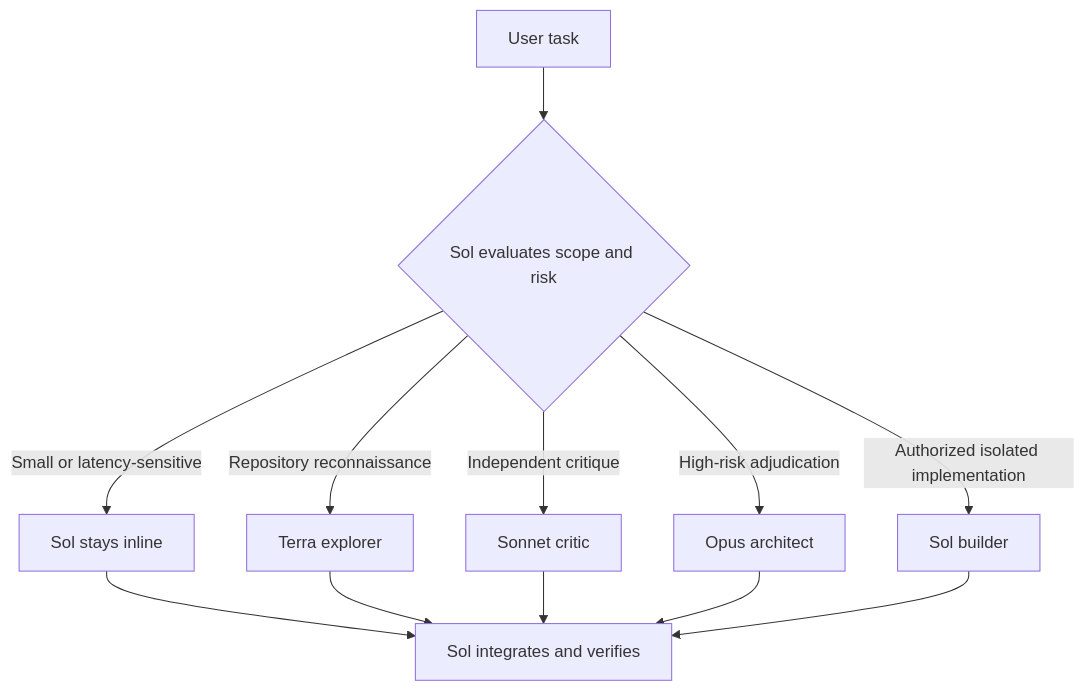
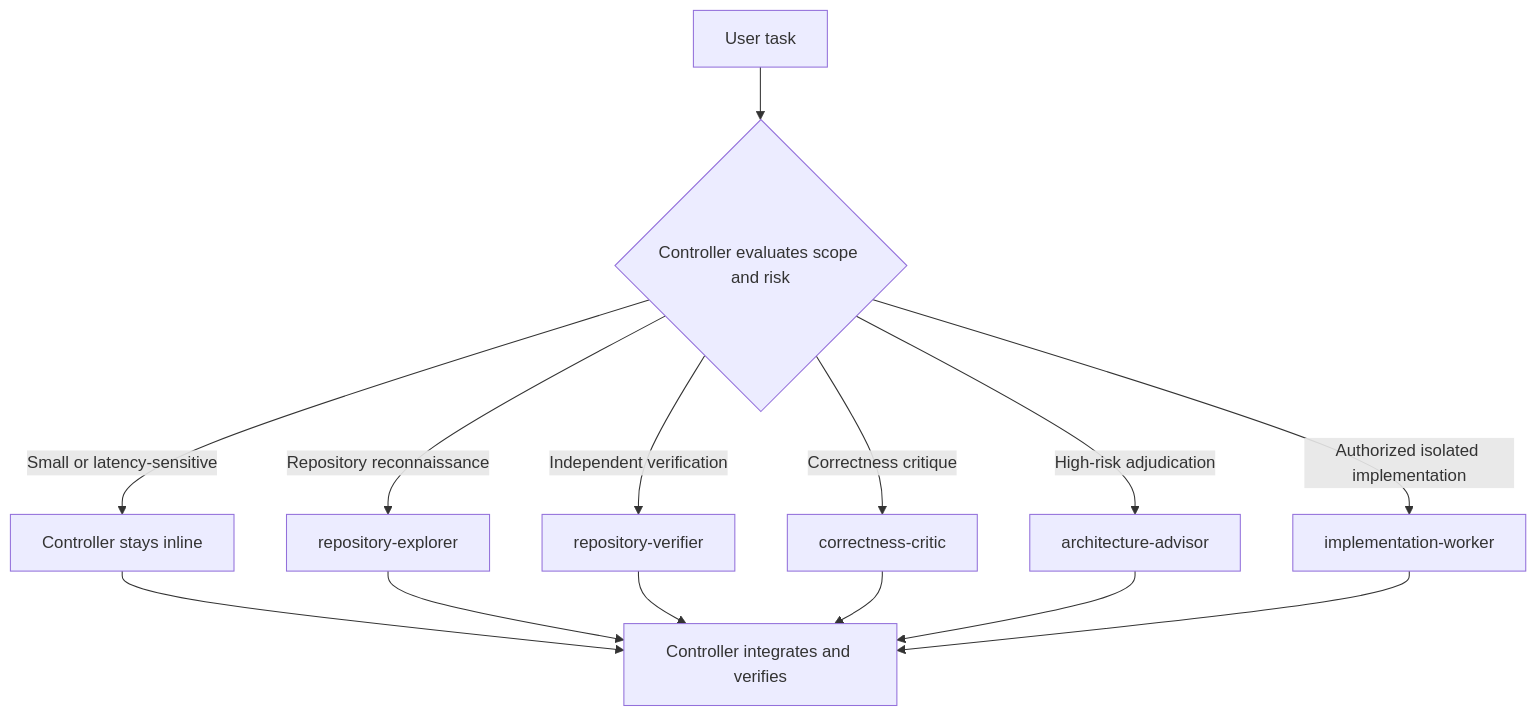
One commit to orichum/claudex-workflow changed the second of 5 diagrams in README.md. Above: the diagram before and after it, drawn with Mermaid. The commit also changed other lines of this file and 3 other files, not shown here.

````diff
--- a/README.md
+++ b/README.md
@@ -53,14 +73,16 @@
 ```mermaid
 flowchart TD
-    Task["User task"] --> Decide{"Sol evaluates scope and risk"}
-    Decide -->|"Small or latency-sensitive"| Inline["Sol stays inline"]
-    Decide -->|"Repository reconnaissance"| Terra["Terra explorer"]
-    Decide -->|"Independent critique"| Sonnet["Sonnet critic"]
-    Decide -->|"High-risk adjudication"| Opus["Opus architect"]
-    Decide -->|"Authorized isolated implementation"| Builder["Sol builder"]
-    Inline --> Integrate["Sol integrates and verifies"]
-    Terra --> Integrate
-    Sonnet --> Integrate
-    Opus --> Integrate
-    Builder --> Integrate
+    Task["User task"] --> Decide{"Controller evaluates scope and risk"}
+    Decide -->|"Small or latency-sensitive"| Inline["Controller stays inline"]
+    Decide -->|"Repository reconnaissance"| Explore["repository-explorer"]
+    Decide -->|"Independent verification"| Verify["repository-verifier"]
+    Decide -->|"Correctness critique"| Critic["correctness-critic"]
+    Decide -->|"High-risk adjudication"| Advise["architecture-advisor"]
+    Decide -->|"Authorized isolated implementation"| Worker["implementation-worker"]
+    Inline --> Integrate["Controller integrates and verifies"]
+    Explore --> Integrate
+    Verify --> Integrate
+    Critic --> Integrate
+    Advise --> Integrate
+    Worker --> Integrate
 ```
````
